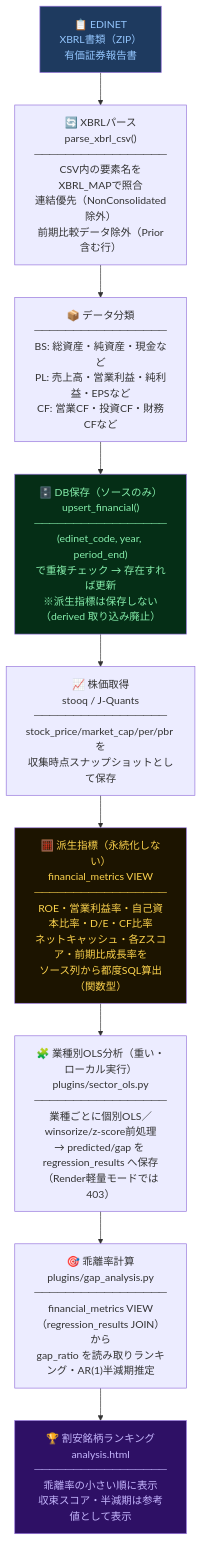
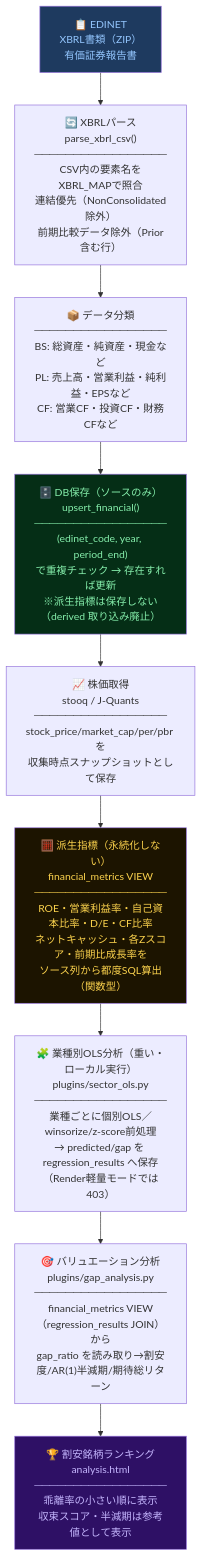
The ninth of 12 diagrams in docs/ARCHITECTURE.md (kome-kome/financial_app), drawn with Mermaid before and after one commit. The commit also changed other lines of this file and 10 other files, not shown here.

````diff
--- a/docs/ARCHITECTURE.md
+++ b/docs/ARCHITECTURE.md
@@ -661,27 +661,27 @@
 ```mermaid
 flowchart TD
     A["📋 EDINET\nXBRL書類（ZIP）\n有価証券報告書"]
 
     B["🔄 XBRLパース\nparse_xbrl_csv()\n─────────────────\nCSV内の要素名をXBRL_MAPで照合\n連結優先（NonConsolidated除外）\n前期比較データ除外（Prior含む行）"]
 
     C["📦 データ分類\n─────────────────\nBS: 総資産・純資産・現金など\nPL: 売上高・営業利益・純利益・EPSなど\nCF: 営業CF・投資CF・財務CFなど"]
 
     E["🗄️ DB保存（ソースのみ）\nupsert_financial()\n─────────────────\n(edinet_code, year, period_end)\nで重複チェック → 存在すれば更新\n※派生指標は保存しない（derived 取り込み廃止）"]
 
     F["📈 株価取得\nstooq / J-Quants\n─────────────────\nstock_price/market_cap/per/pbr を\n収集時点スナップショットとして保存"]
 
     D["🧮 派生指標（永続化しない）\nfinancial_metrics VIEW\n─────────────────\nROE・営業利益率・自己資本比率・D/E・CF比率\nネットキャッシュ・各Zスコア・前期比成長率を\nソース列から都度SQL算出（関数型）"]
 
     I["🧩 業種別OLS分析（重い・ローカル実行）\nplugins/sector_ols.py\n─────────────────\n業種ごとに個別OLS／winsorize/z-score前処理\n→ predicted/gap を regression_results へ保存\n（Render軽量モードでは403）"]
 
-    J["🎯 乖離率計算\nplugins/gap_analysis.py\n─────────────────\nfinancial_metrics VIEW（regression_results JOIN）から\ngap_ratio を読み取りランキング・AR(1)半減期推定"]
+    J["🎯 バリュエーション分析\nplugins/gap_analysis.py\n─────────────────\nfinancial_metrics VIEW（regression_results JOIN）から\ngap_ratio を読み取り→割安度/AR(1)半減期/期待総リターン"]
 
     K["🏆 割安銘柄ランキング\nanalysis.html\n─────────────────\n乖離率の小さい順に表示\n収束スコア・半減期は参考値として表示"]
 
     A --> B --> C --> E --> F --> D --> I --> J --> K
 
     style A  fill:#1e3a5f,color:#93c5fd
     style E  fill:#052e16,color:#86efac
     style D  fill:#1c1400,color:#fcd34d
     style K  fill:#2e1065,color:#c4b5fd
 ```
````
